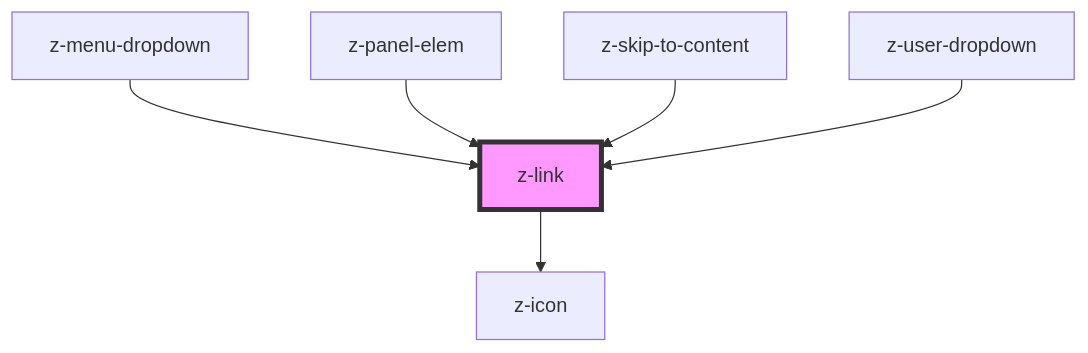
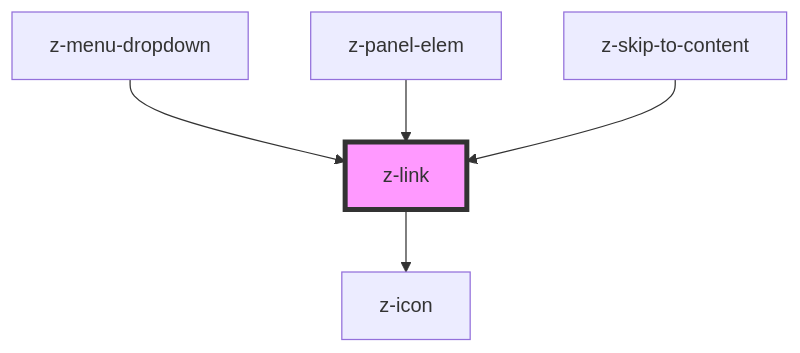
Before and after one commit to ZanichelliEditore/design-system: the diagram in src/components/navigation/z-link/readme.md, drawn with Mermaid. The commit also changed other lines of this file and 8 other files, not shown here.

````diff
--- a/src/components/navigation/z-link/readme.md
+++ b/src/components/navigation/z-link/readme.md
@@ -62,9 +61,8 @@
 ```mermaid
 graph TD;
   z-link --> z-icon
   z-menu-dropdown --> z-link
   z-panel-elem --> z-link
   z-skip-to-content --> z-link
-  z-user-dropdown --> z-link
   style z-link fill:#f9f,stroke:#333,stroke-width:4px
 ```
````
